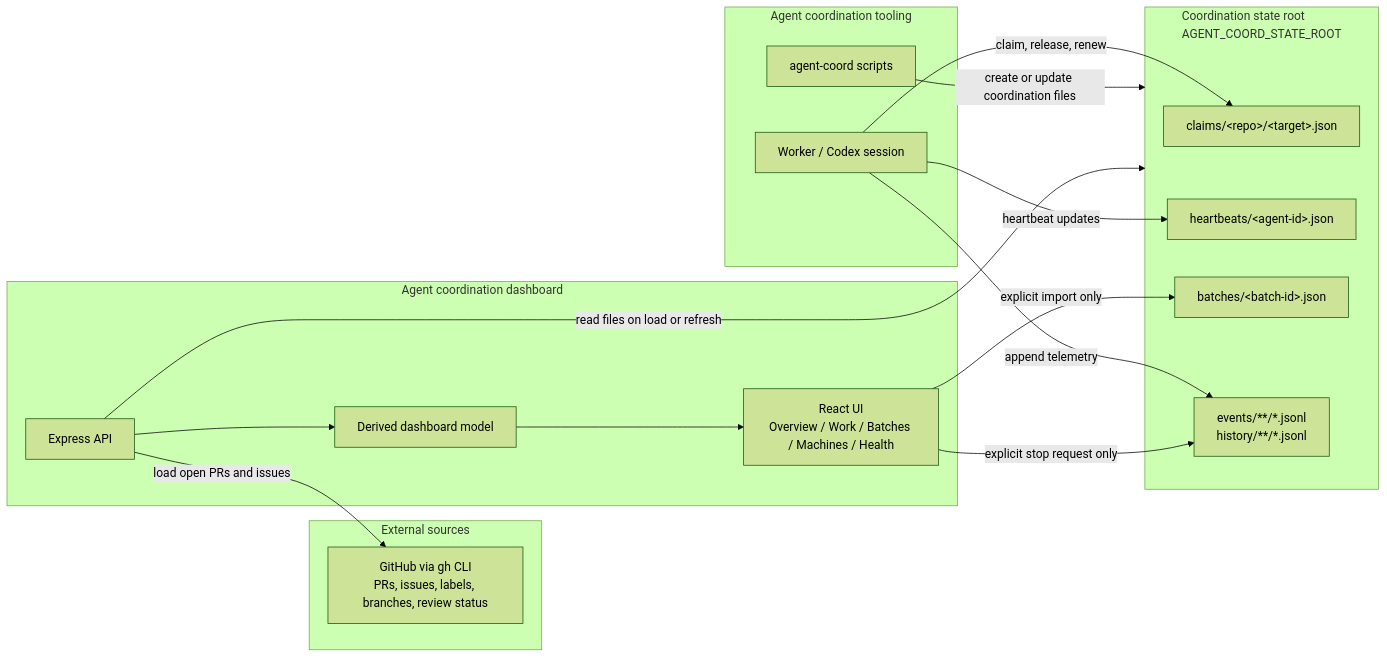
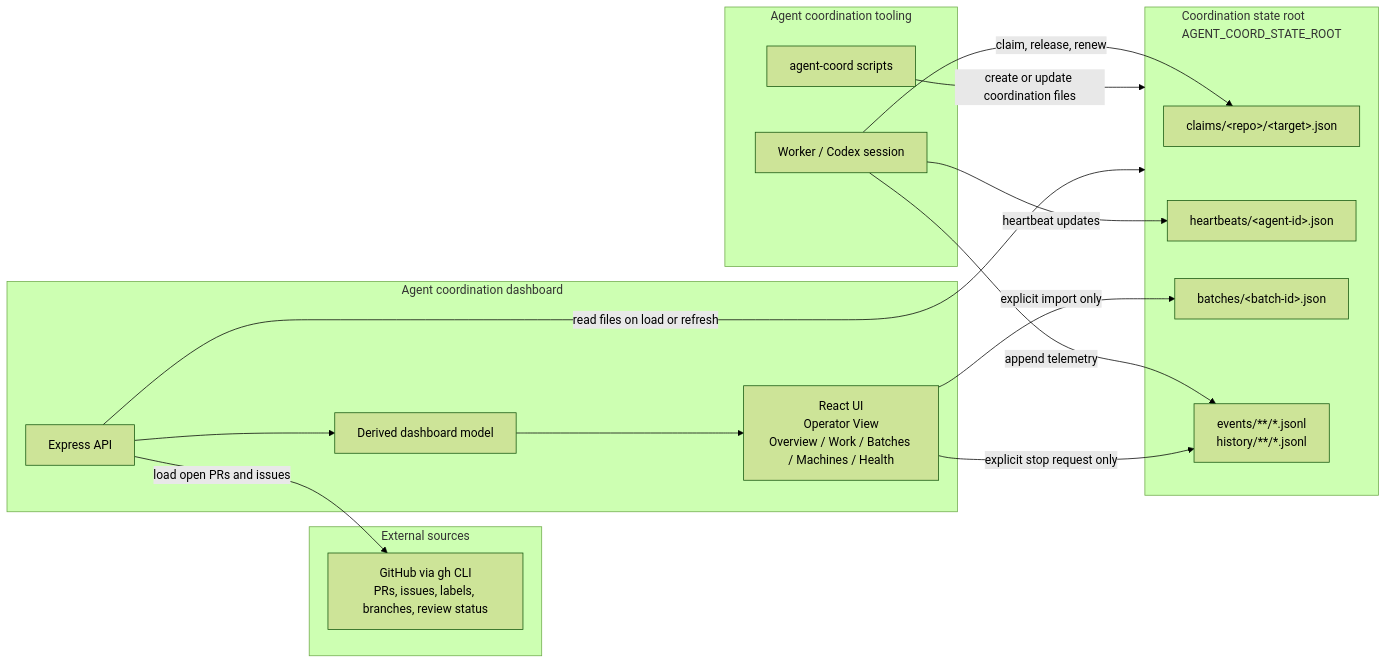
The first of 3 diagrams in docs/coordination-architecture.md (shakacode/agent-coordination-dashboard), drawn with Mermaid (forest theme) before and after one commit. The commit also changed other lines of this file and 24 other files, not shown here.

First line of the commit message:
Add operator view dashboard (#25)

````diff
--- a/docs/coordination-architecture.md
+++ b/docs/coordination-architecture.md
@@ -11,35 +16,35 @@
 ```mermaid
 flowchart LR
   subgraph Tooling["Agent coordination tooling"]
     Worker["Worker / Codex session"]
     CoordCLI["agent-coord scripts"]
   end
 
   subgraph State["Coordination state root<br/>AGENT_COORD_STATE_ROOT"]
     Claims["claims/&lt;repo&gt;/&lt;target&gt;.json"]
     Heartbeats["heartbeats/&lt;agent-id&gt;.json"]
     Batches["batches/&lt;batch-id&gt;.json"]
     Events["events/**/*.jsonl<br/>history/**/*.jsonl"]
   end
 
   subgraph External["External sources"]
     GitHub["GitHub via gh CLI<br/>PRs, issues, labels, branches, review status"]
   end
 
   subgraph Dashboard["Agent coordination dashboard"]
     API["Express API"]
     Model["Derived dashboard model"]
-    UI["React UI<br/>Overview / Work / Batches / Machines / Health"]
+    UI["React UI<br/>Operator View<br/>Overview / Work / Batches / Machines / Health"]
   end
 
   Worker -->|"claim, release, renew"| Claims
   Worker -->|"heartbeat updates"| Heartbeats
   Worker -->|"append telemetry"| Events
   CoordCLI -->|"create or update coordination files"| State
   UI -->|"explicit import only"| Batches
   UI -->|"explicit stop request only"| Events
 
   API -->|"read files on load or refresh"| State
   API -->|"load open PRs and issues"| GitHub
   API --> Model --> UI
 ```
````
